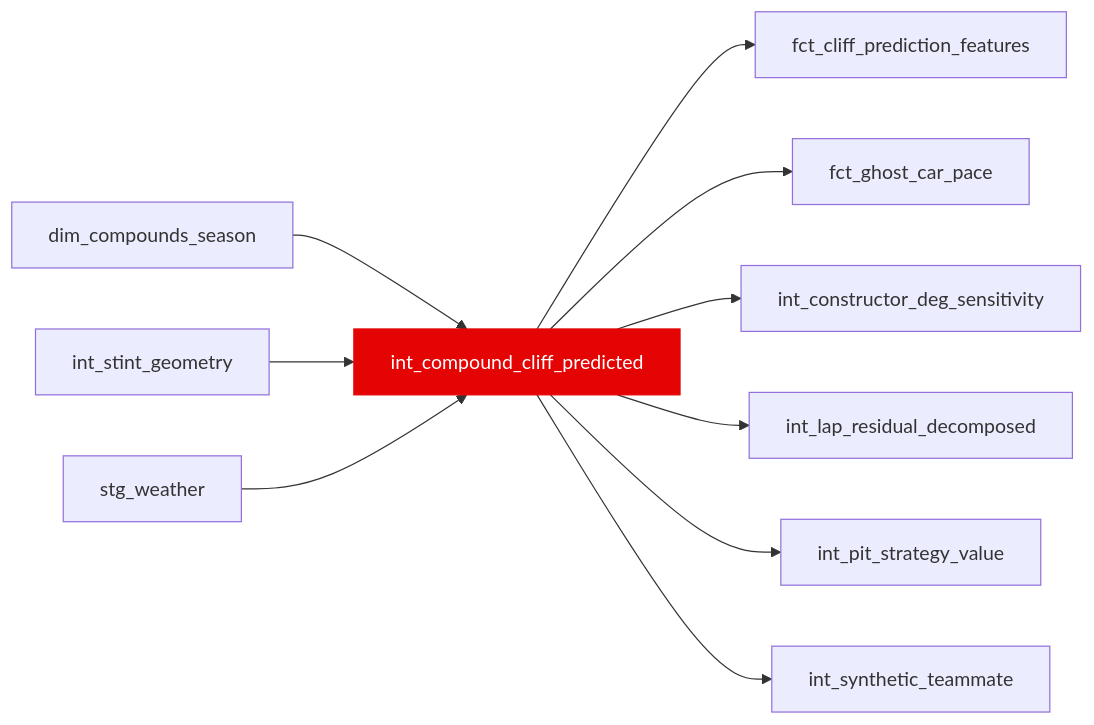
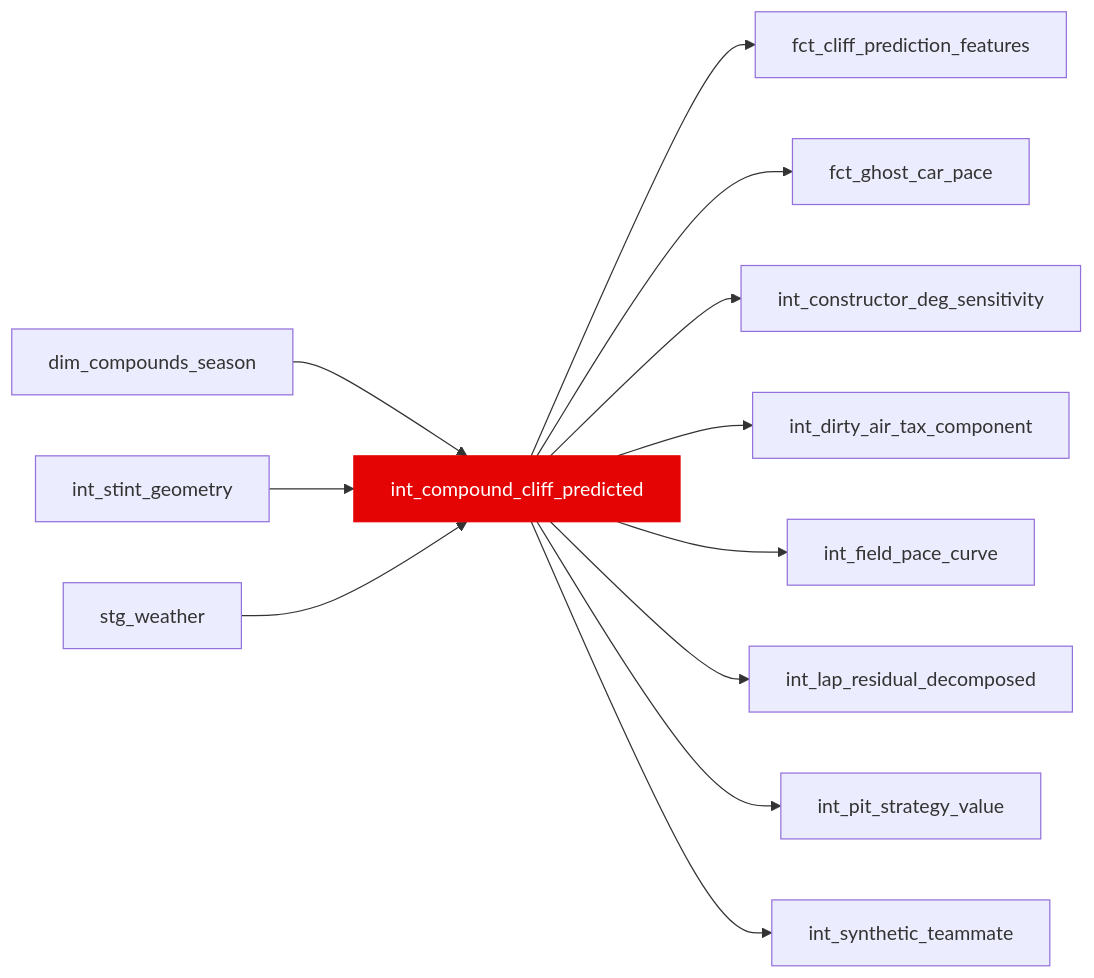
One commit to JustinClarke/off-the-pace changed the diagram in docs/reference/models/int/int_compound_cliff_predicted.mdx. Above: the diagram before and after it, drawn with Mermaid. The commit also changed other lines of this file and 79 other files, not shown here.

````diff
--- a/docs/reference/models/int/int_compound_cliff_predicted.mdx
+++ b/docs/reference/models/int/int_compound_cliff_predicted.mdx
@@ -17,13 +17,15 @@
 ```mermaid
 flowchart LR
   dim_compounds_season --> int_compound_cliff_predicted
   int_stint_geometry --> int_compound_cliff_predicted
   stg_weather --> int_compound_cliff_predicted
   int_compound_cliff_predicted --> fct_cliff_prediction_features
   int_compound_cliff_predicted --> fct_ghost_car_pace
   int_compound_cliff_predicted --> int_constructor_deg_sensitivity
+  int_compound_cliff_predicted --> int_dirty_air_tax_component
+  int_compound_cliff_predicted --> int_field_pace_curve
   int_compound_cliff_predicted --> int_lap_residual_decomposed
   int_compound_cliff_predicted --> int_pit_strategy_value
   int_compound_cliff_predicted --> int_synthetic_teammate
   style int_compound_cliff_predicted fill:#e40404,stroke:#e40404,color:#fff
 ```
````
